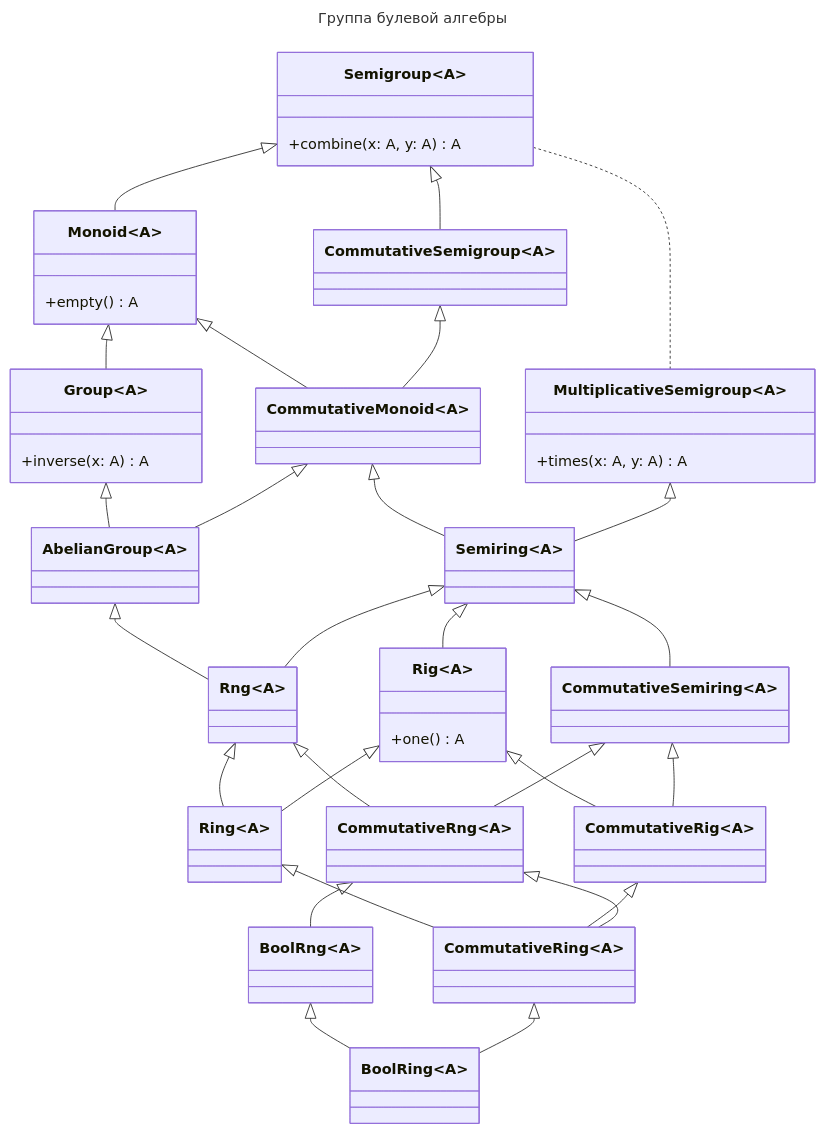
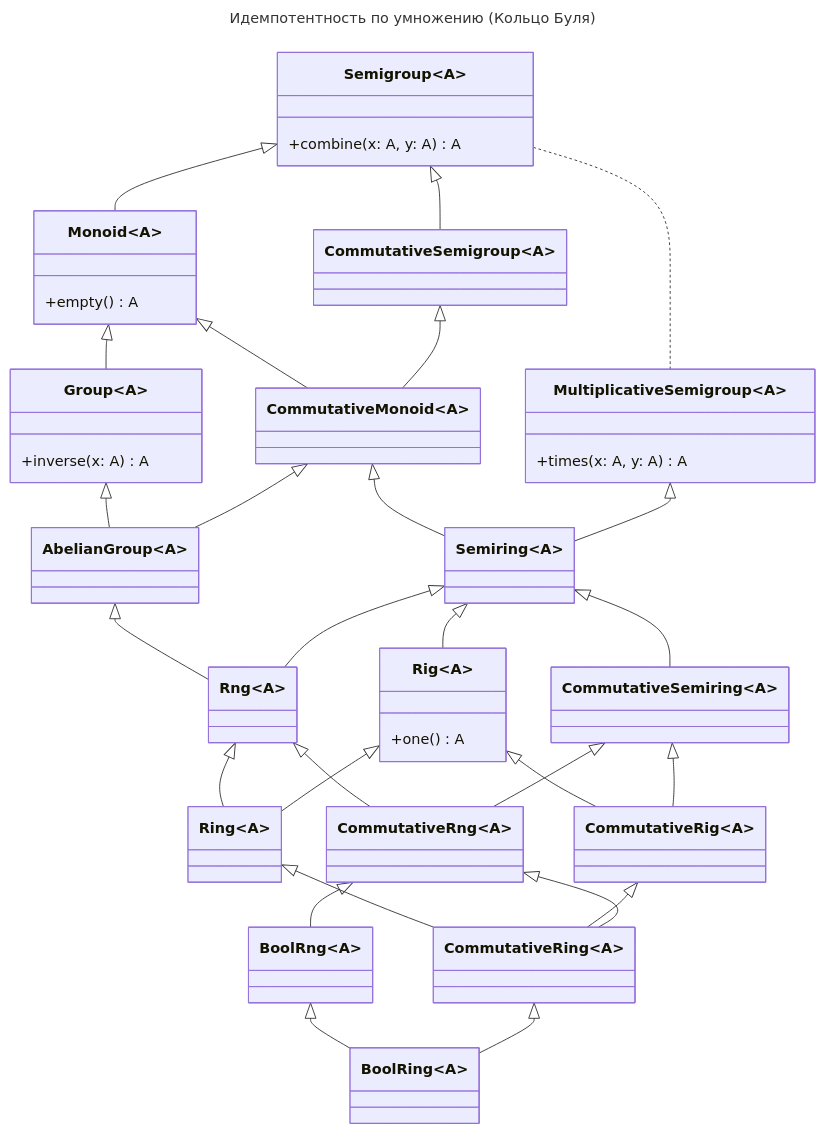
The fourth of 5 diagrams in docs/typeclass/monoid.md (artemkorsakov/scalabook), drawn with Mermaid before and after one commit. The commit also changed other lines of this file and 5 other files, not shown here.

````diff
--- a/docs/typeclass/monoid.md
+++ b/docs/typeclass/monoid.md
@@ -305,60 +305,60 @@
 ```mermaid
 ---
-title: Группа булевой алгебры
+title: Идемпотентность по умножению (Кольцо Буля)
 ---
 classDiagram
     class Semigroup~A~{
         +combine(x: A, y: A) A
     }
     class Monoid~A~{
         +empty() A
     }
     Semigroup <|-- Monoid
     class CommutativeSemigroup~A~
     Semigroup <|-- CommutativeSemigroup
     class Group~A~{
         +inverse(x: A) A
     }
     Monoid <|-- Group
     class CommutativeMonoid~A~
     Monoid <|-- CommutativeMonoid
     CommutativeSemigroup <|-- CommutativeMonoid
     class AbelianGroup~A~
     Group <|-- AbelianGroup
     CommutativeMonoid <|-- AbelianGroup
     class Semiring~A~
     CommutativeMonoid <|-- Semiring
     class MultiplicativeSemigroup~A~{
         +times(x: A, y: A) A
     }
     MultiplicativeSemigroup <|-- Semiring
     Semigroup .. MultiplicativeSemigroup
     class Rng~A~
     AbelianGroup <|-- Rng
     Semiring <|-- Rng
     class CommutativeSemiring~A~
     Semiring <|-- CommutativeSemiring
     class Rig~A~{
         +one() A
     }
     Semiring <|-- Rig
     class CommutativeRng~A~
     Rng <|-- CommutativeRng
     CommutativeSemiring <|-- CommutativeRng
     class CommutativeRig~A~
     Rig <|-- CommutativeRig
     CommutativeSemiring <|-- CommutativeRig
     class Ring~A~
     Rng <|-- Ring
     Rig <|-- Ring
     class CommutativeRing~A~
     Ring <|-- CommutativeRing
     CommutativeRig <|-- CommutativeRing
     CommutativeRng <|-- CommutativeRing
 
     class BoolRng~A~
     CommutativeRng <|-- BoolRng
     class BoolRing~A~
     BoolRng <|-- BoolRing
     CommutativeRing <|-- BoolRing
 ```
````
